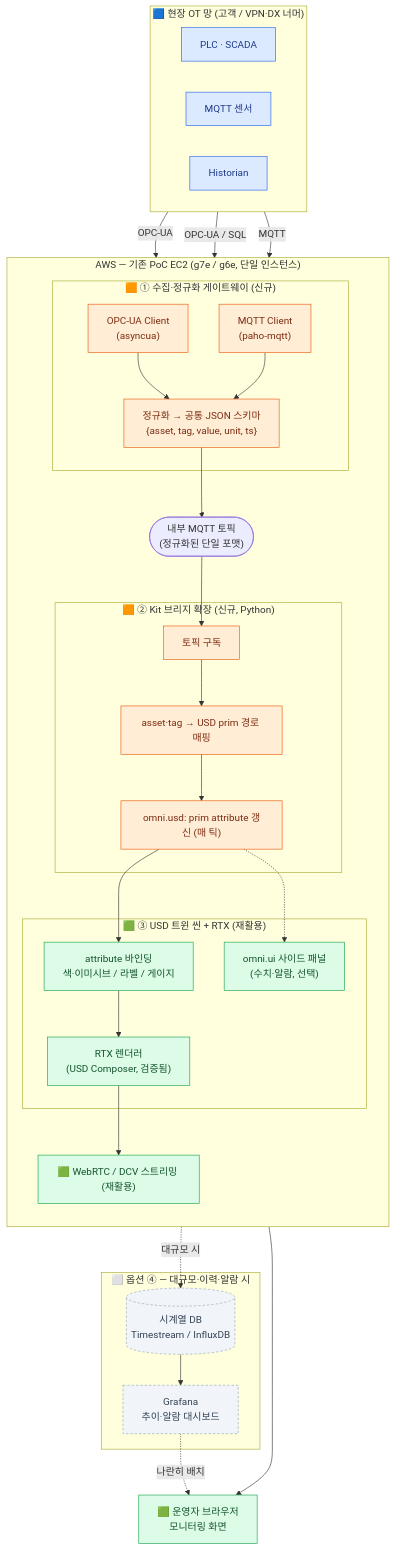
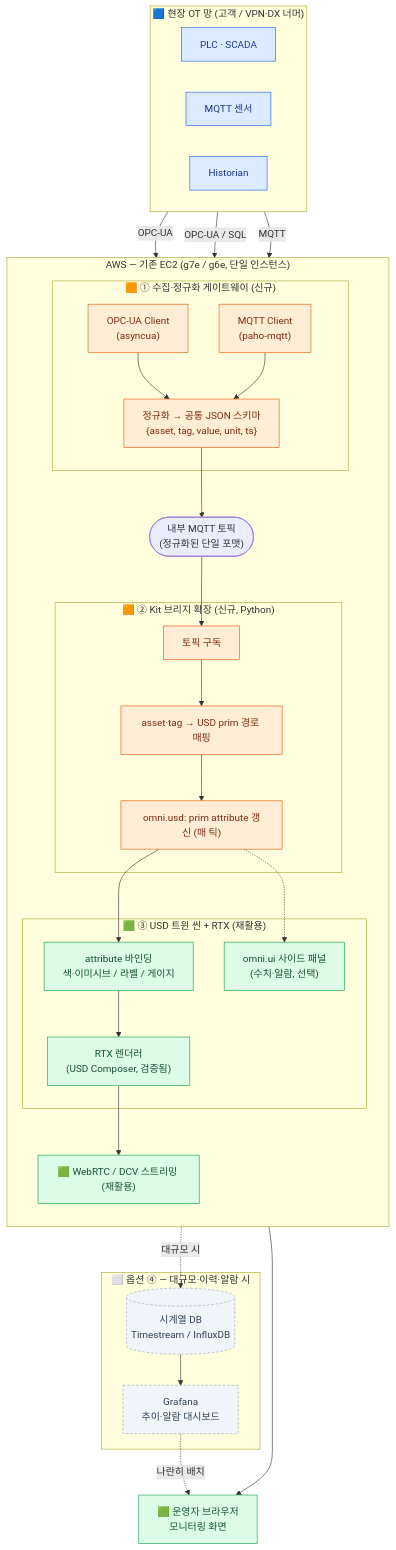
The first of 2 diagrams in docs/DIGITAL-TWIN-DATA-INTEGRATION.md (psps97/nvidia-omniverse-nim-aws-cdk), drawn with Mermaid before and after one commit. The commit also changed other lines of this file and 4 other files, not shown here.

````diff
--- a/docs/DIGITAL-TWIN-DATA-INTEGRATION.md
+++ b/docs/DIGITAL-TWIN-DATA-INTEGRATION.md
@@ -42,66 +42,66 @@
 ```mermaid
 flowchart TB
   subgraph OT["🟦 현장 OT 망 (고객 / VPN·DX 너머)"]
     direction LR
     PLC["PLC · SCADA"]
     MQTTDEV["MQTT 센서"]
     HIST["Historian"]
   end
 
-  subgraph AWS["AWS — 기존 PoC EC2 (g7e / g6e, 단일 인스턴스)"]
+  subgraph AWS["AWS — 기존 EC2 (g7e / g6e, 단일 인스턴스)"]
     direction TB
 
     subgraph NEW1["🟧 ① 수집·정규화 게이트웨이 (신규)"]
       OPCUA["OPC-UA Client<br/>(asyncua)"]
       MQTTC["MQTT Client<br/>(paho-mqtt)"]
       NORM["정규화 → 공통 JSON 스키마<br/>{asset, tag, value, unit, ts}"]
       OPCUA --> NORM
       MQTTC --> NORM
     end
 
     BROKER(["내부 MQTT 토픽<br/>(정규화된 단일 포맷)"])
 
     subgraph NEW2["🟧 ② Kit 브리지 확장 (신규, Python)"]
       SUB["토픽 구독"]
       MAP["asset·tag → USD prim 경로 매핑"]
       UPD["omni.usd: prim attribute 갱신 (매 틱)"]
       SUB --> MAP --> UPD
     end
 
     subgraph REUSE["🟩 ③ USD 트윈 씬 + RTX (재활용)"]
       BIND["attribute 바인딩<br/>색·이미시브 / 라벨 / 게이지"]
       RTX["RTX 렌더러<br/>(USD Composer, 검증됨)"]
       UI["omni.ui 사이드 패널<br/>(수치·알람, 선택)"]
       BIND --> RTX
     end
 
     STREAM["🟩 WebRTC / DCV 스트리밍 (재활용)"]
   end
 
   VIEWER["🟩 운영자 브라우저<br/>모니터링 화면"]
 
   subgraph OPT["⬜ 옵션 ④ — 대규모·이력·알람 시"]
     TSDB[("시계열 DB<br/>Timestream / InfluxDB")]
     GRAF["Grafana<br/>추이·알람 대시보드"]
     TSDB --> GRAF
   end
 
   PLC -- OPC-UA --> OPCUA
   HIST -- "OPC-UA / SQL" --> OPCUA
   MQTTDEV -- MQTT --> MQTTC
   NORM --> BROKER --> SUB
   UPD --> BIND
   UPD -.-> UI
   RTX --> STREAM --> VIEWER
   BROKER -.대규모 시.-> TSDB
   GRAF -.나란히 배치.-> VIEWER
 
   classDef ot fill:#dbeafe,stroke:#2563eb,color:#1e3a8a;
   classDef new fill:#ffedd5,stroke:#ea580c,color:#7c2d12;
   classDef reuse fill:#dcfce7,stroke:#16a34a,color:#14532d;
   classDef opt fill:#f1f5f9,stroke:#94a3b8,color:#334155,stroke-dasharray:4 3;
   class PLC,MQTTDEV,HIST ot;
   class OPCUA,MQTTC,NORM,SUB,MAP,UPD new;
   class BIND,RTX,UI,STREAM,VIEWER reuse;
   class TSDB,GRAF opt;
 ```
````
